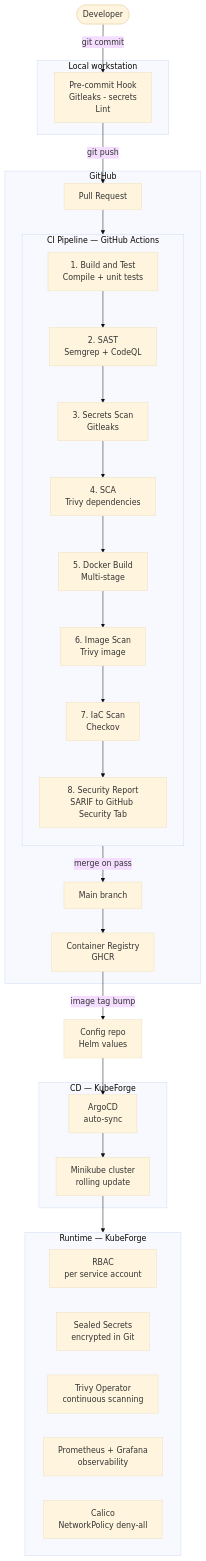
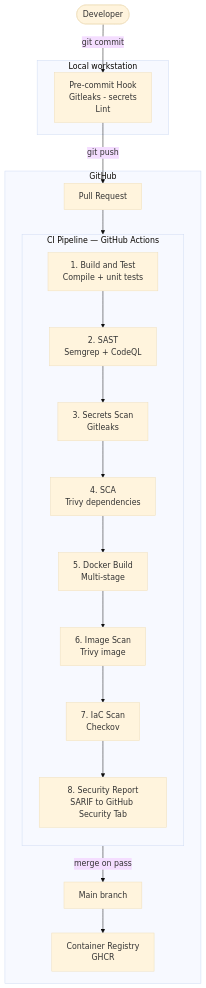
Before and after one commit to Richonn/PipelineForge: the diagram in README.md, drawn with Mermaid (base theme).

Commit message:
[DOCS] updated

````diff
--- a/README.md
+++ b/README.md
@@ -23,50 +23,31 @@
 ```mermaid
 flowchart TD
     DEV([Developer]) -->|git commit| HOOK
 
     subgraph LOCAL["Local workstation"]
         HOOK[Pre-commit Hook\nGitleaks - secrets\nLint]
     end
 
     HOOK -->|git push| PR
 
     subgraph GITHUB["GitHub"]
         PR[Pull Request] --> CI
 
         subgraph CI["CI Pipeline — GitHub Actions"]
             direction TB
             S1[1. Build and Test\nCompile + unit tests]
             S2[2. SAST\nSemgrep + CodeQL]
             S3[3. Secrets Scan\nGitleaks]
             S4[4. SCA\nTrivy dependencies]
             S5[5. Docker Build\nMulti-stage]
             S6[6. Image Scan\nTrivy image]
             S7[7. IaC Scan\nCheckov]
             S8[8. Security Report\nSARIF to GitHub Security Tab]
 
             S1 --> S2 --> S3 --> S4 --> S5 --> S6 --> S7 --> S8
         end
 
         S8 -->|merge on pass| MAIN[Main branch]
         MAIN --> REGISTRY[Container Registry\nGHCR]
     end
-
-    REGISTRY -->|image tag bump| GITOPS[Config repo\nHelm values]
-
-    subgraph CD["CD — KubeForge"]
-        ARGOCD[ArgoCD\nauto-sync]
-        ARGOCD --> CLUSTER[Minikube cluster\nrolling update]
-    end
-
-    GITOPS --> ARGOCD
-
-    subgraph RUNTIME["Runtime — KubeForge"]
-        RBAC[RBAC\nper service account]
-        SEALED[Sealed Secrets\nencrypted in Git]
-        TRIVY_OP[Trivy Operator\ncontinuous scanning]
-        PROM[Prometheus + Grafana\nobservability]
-        NET[Calico\nNetworkPolicy deny-all]
-    end
-
-    CLUSTER --> RUNTIME
 ```
````
